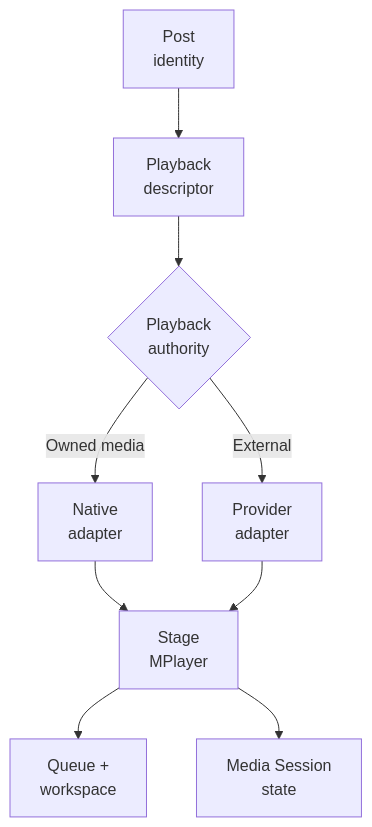
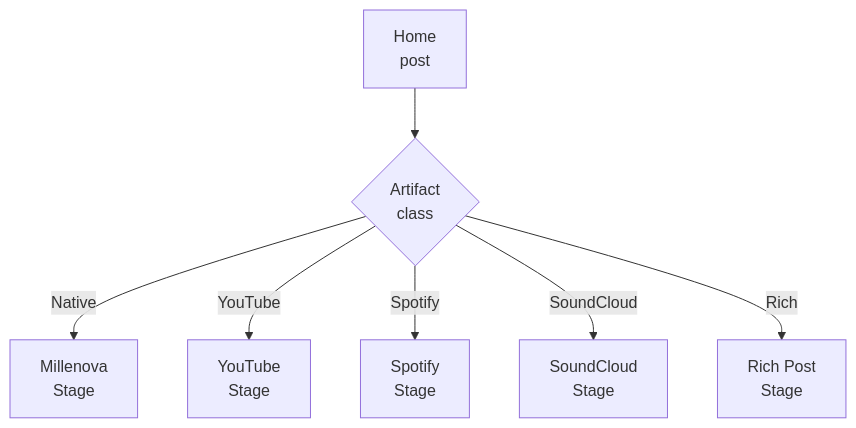
The third of 6 diagrams in docs/PLATFORM_ARCHITECTURE.md (wilderruiz/millenova-project), drawn with Mermaid before and after one commit. The commit also changed other lines of this file, not shown here.

Commit message:
docs: correct platform architecture for Home, Stage families, and audio genome

````diff
--- a/docs/PLATFORM_ARCHITECTURE.md
+++ b/docs/PLATFORM_ARCHITECTURE.md
@@ -159,14 +104,9 @@
 ```mermaid
 flowchart TD
-    POST["Post<br/>identity"] --> DESC["Playback<br/>descriptor"]
-    DESC --> DECIDE{"Playback<br/>authority"}
-
-    DECIDE -->|Owned media| NATIVE["Native<br/>adapter"]
-    DECIDE -->|External| EXT["Provider<br/>adapter"]
-
-    NATIVE --> PLAYER["Stage<br/>MPlayer"]
-    EXT --> PLAYER
-
-    PLAYER --> QUEUE["Queue +<br/>workspace"]
-    PLAYER --> SESSION["Media Session<br/>state"]
+    POST["Home<br/>post"] --> CLASS{"Artifact<br/>class"}
+    CLASS -->|Native| MN["Millenova<br/>Stage"]
+    CLASS -->|YouTube| YT["YouTube<br/>Stage"]
+    CLASS -->|Spotify| SP["Spotify<br/>Stage"]
+    CLASS -->|SoundCloud| SC["SoundCloud<br/>Stage"]
+    CLASS -->|Rich| RICH["Rich Post<br/>Stage"]
 ```
````
